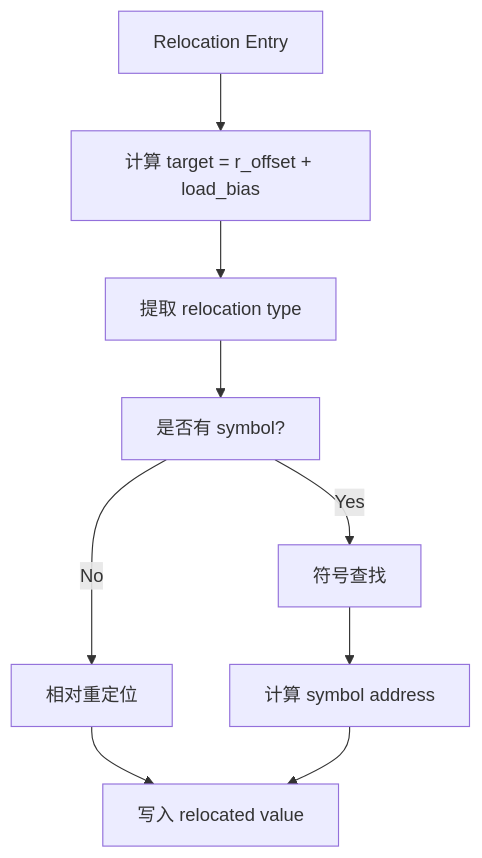
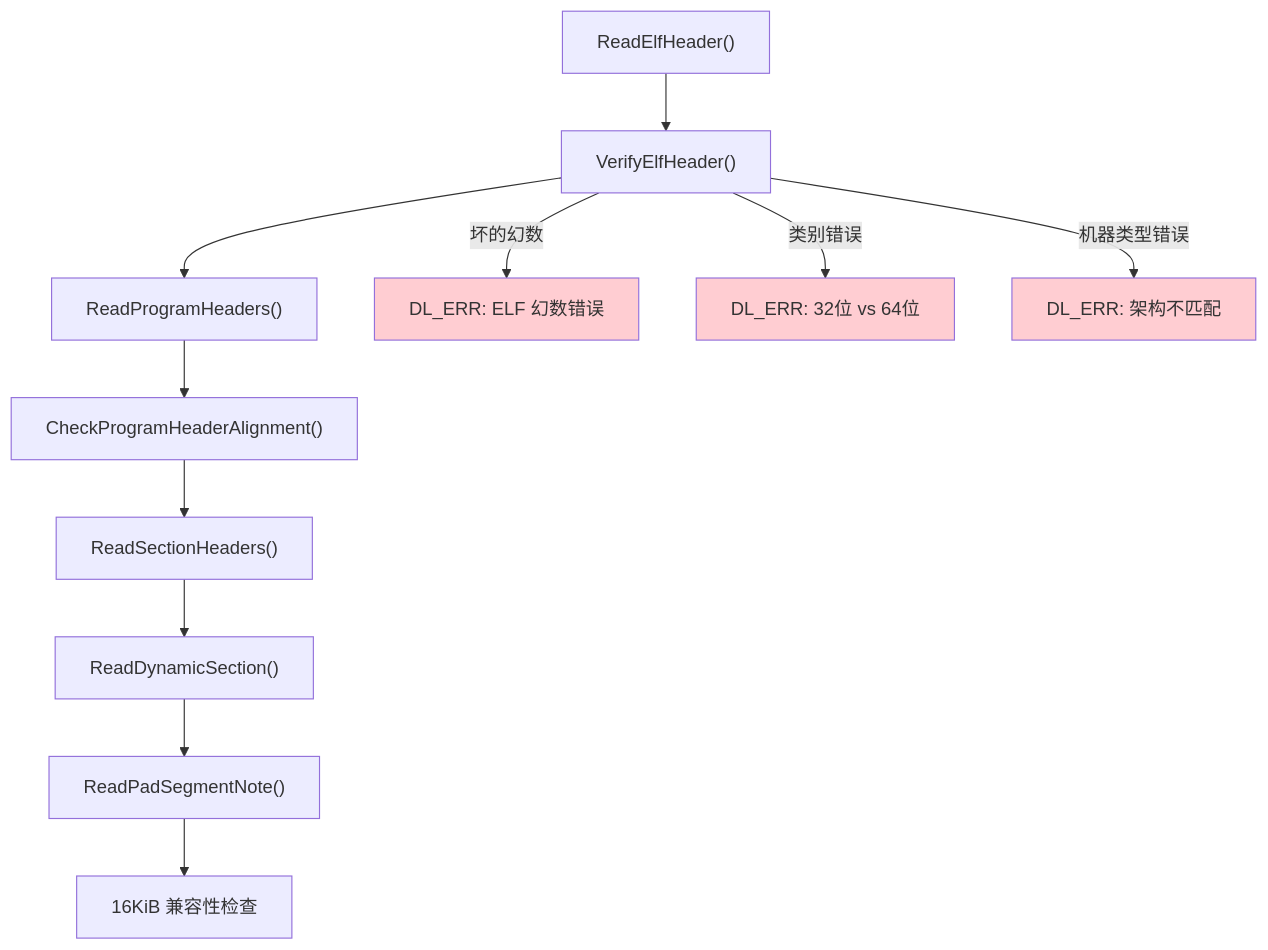
The seventh of 13 diagrams in 07-bionic-and-linker-zh.md (fwrite0920/aosp-internal-book), drawn with Mermaid before and after one commit. The commit also changed other lines of this file and 63 other files, not shown here.

````diff
--- a/07-bionic-and-linker-zh.md
+++ b/07-bionic-and-linker-zh.md
@@ -450,11 +1126,18 @@
 ```mermaid
 graph TD
-    A["Relocation Entry"] --> B["计算 target = r_offset + load_bias"]
-    B --> C["提取 relocation type"]
-    C --> D["是否有 symbol? "]
-    D -->|"Yes"| E["符号查找"]
-    D -->|"No"| F["相对重定位"]
-    E --> G["计算 symbol address"]
-    F --> H["写入 relocated value"]
-    G --> H
+    A["ReadElfHeader()"] --> B["VerifyElfHeader()"]
+    B --> C["ReadProgramHeaders()"]
+    C --> D["CheckProgramHeaderAlignment()"]
+    D --> E["ReadSectionHeaders()"]
+    E --> F["ReadDynamicSection()"]
+    F --> G["ReadPadSegmentNote()"]
+    G --> H["16KiB 兼容性检查"]
+
+    B -->|"坏的幻数"| X["DL_ERR: ELF 幻数错误"]
+    B -->|"类别错误"| Y["DL_ERR: 32位 vs 64位"]
+    B -->|"机器类型错误"| Z["DL_ERR: 架构不匹配"]
+
+    style X fill:#ffcdd2
+    style Y fill:#ffcdd2
+    style Z fill:#ffcdd2
 ```
````
